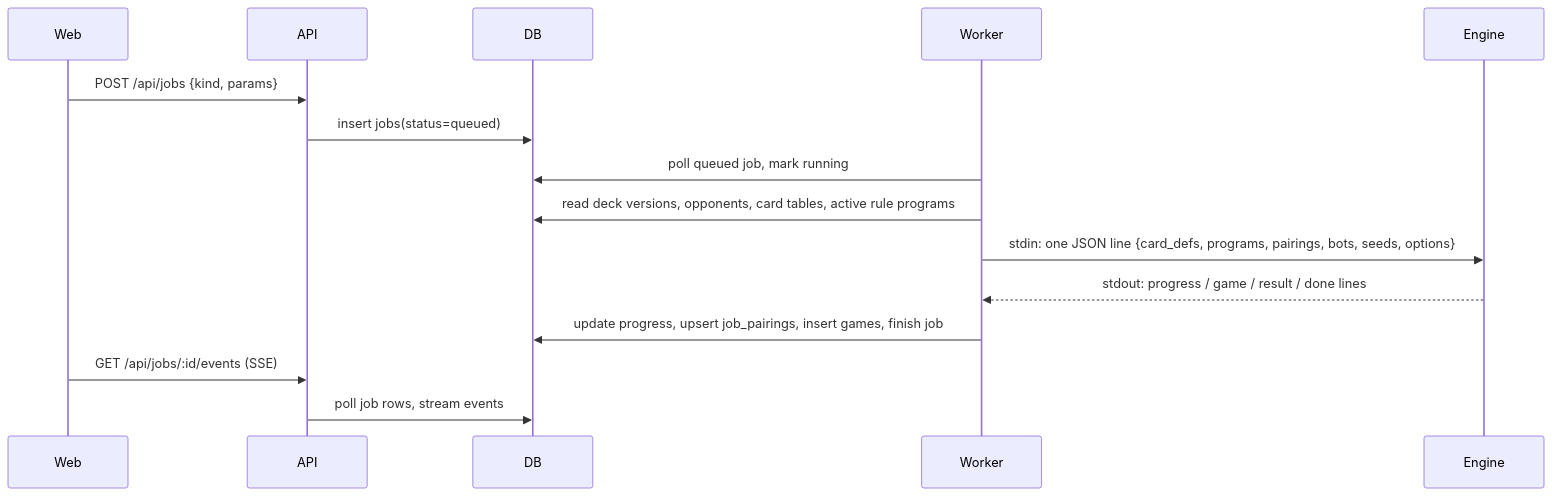
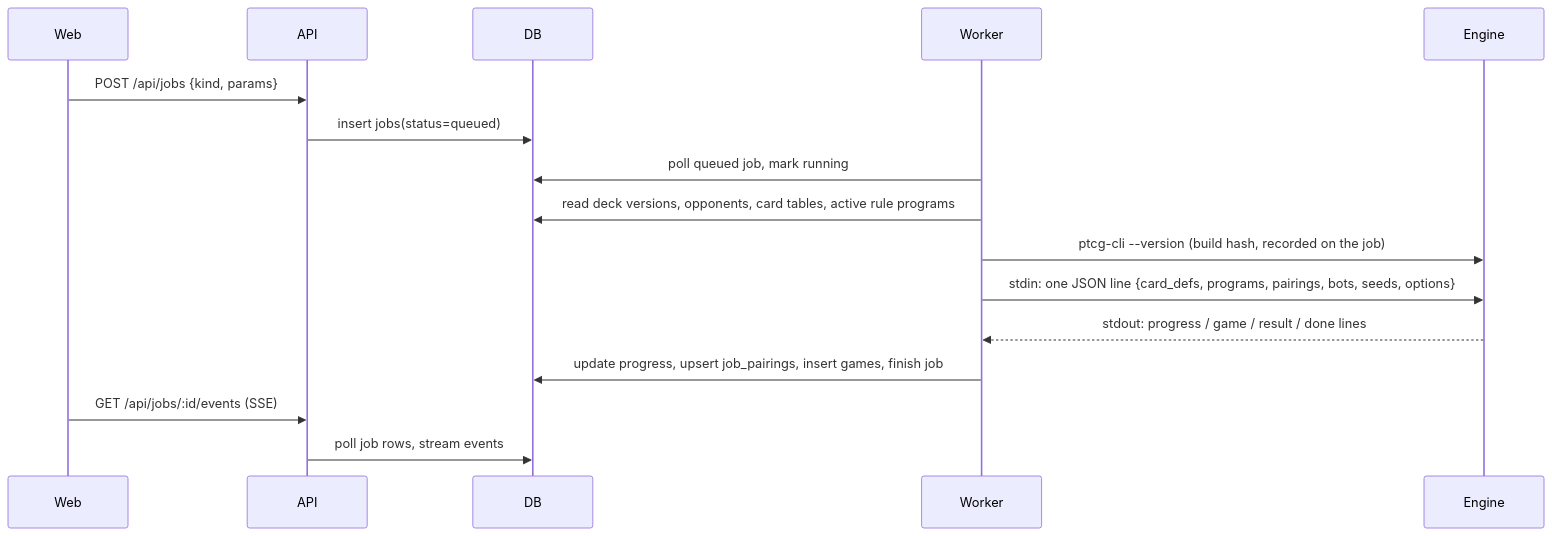
Before and after one commit to ManoFardo-PR/pokemon2: the second of 2 diagrams in docs/project/03-architecture-overview.md, drawn with Mermaid. The commit also changed 4 other files, not shown here.

````diff
--- a/docs/project/03-architecture-overview.md
+++ b/docs/project/03-architecture-overview.md
@@ -67,17 +67,18 @@
 ```mermaid
 sequenceDiagram
   participant Web
   participant API
   participant DB
   participant Worker
   participant Engine
   Web->>API: POST /api/jobs {kind, params}
   API->>DB: insert jobs(status=queued)
   Worker->>DB: poll queued job, mark running
   Worker->>DB: read deck versions, opponents, card tables, active rule programs
+  Worker->>Engine: ptcg-cli --version (build hash, recorded on the job)
   Worker->>Engine: stdin: one JSON line {card_defs, programs, pairings, bots, seeds, options}
   Engine-->>Worker: stdout: progress / game / result / done lines
   Worker->>DB: update progress, upsert job_pairings, insert games, finish job
   Web->>API: GET /api/jobs/:id/events (SSE)
   API->>DB: poll job rows, stream events
 ```
````
